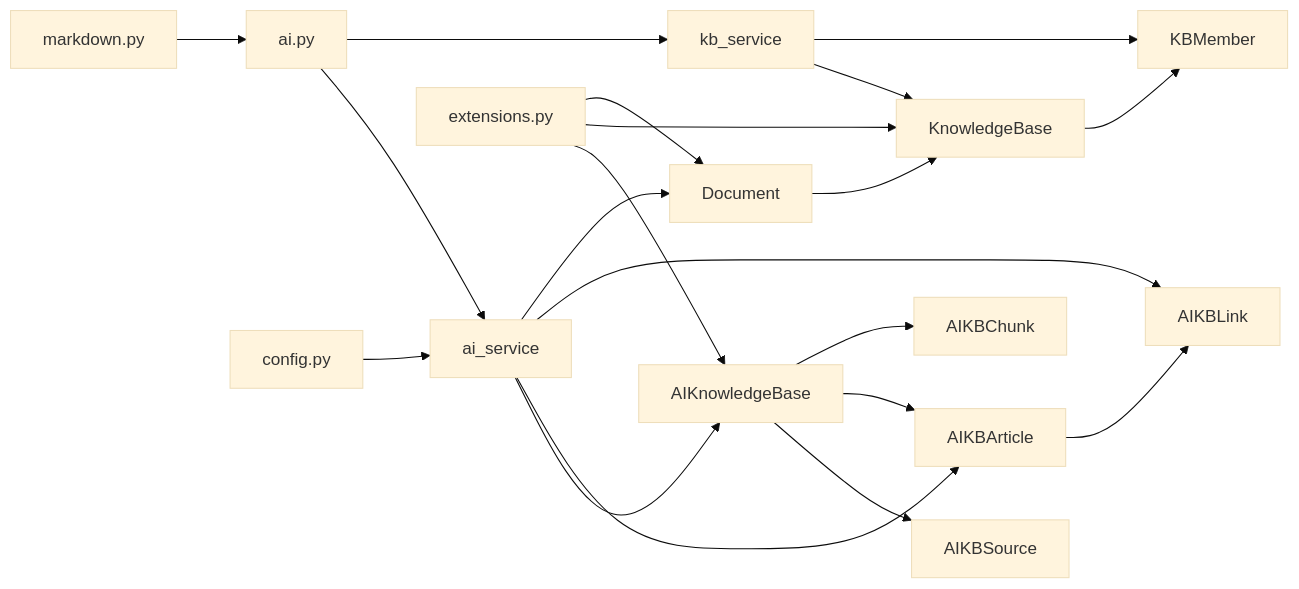
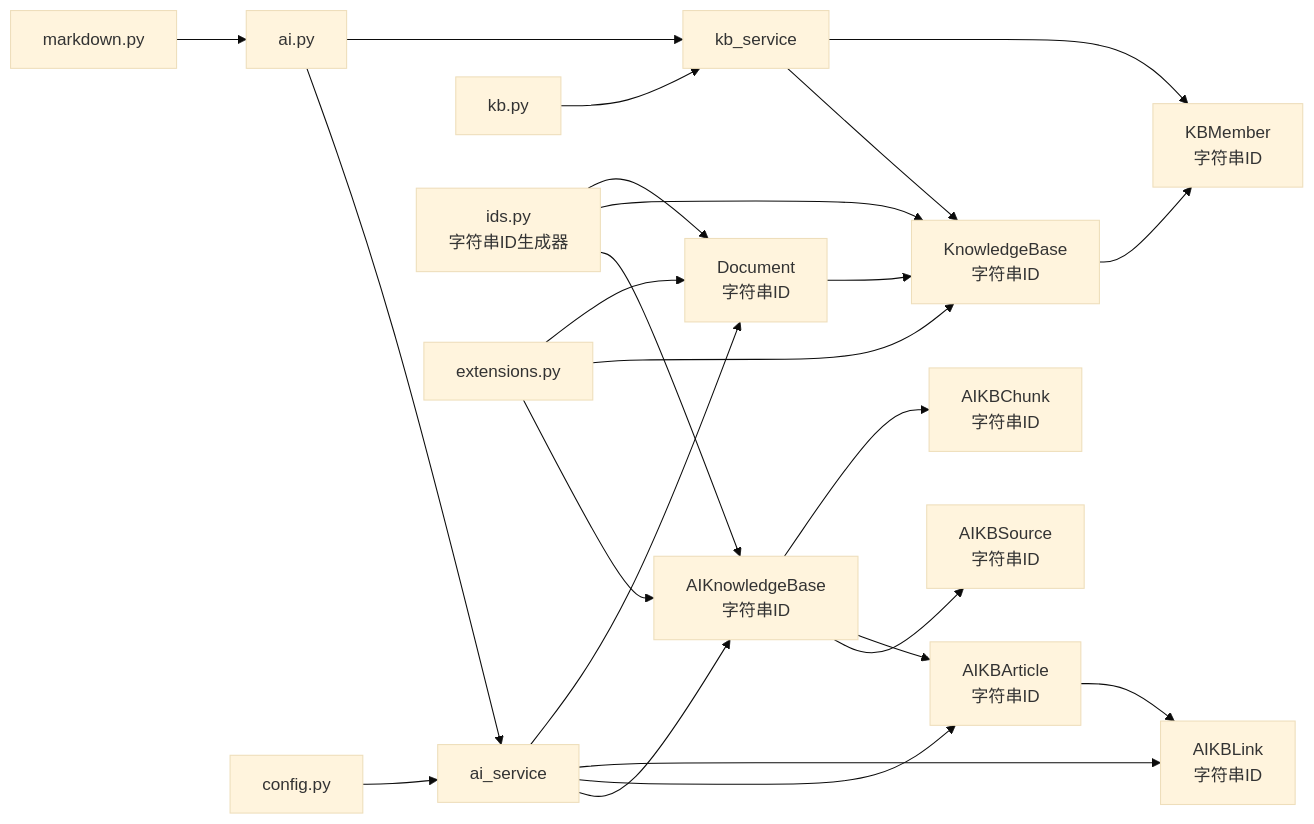
Before and after one commit to beyondalbert/my_wiki: the sixth of 6 diagrams in .qoder/repowiki/zh/content/数据模型设计/AI知识库模型.md, drawn with Mermaid (base theme). The commit also changed other lines of this file and 21 other files, not shown here.

````diff
--- a/.qoder/repowiki/zh/content/数据模型设计/AI知识库模型.md
+++ b/.qoder/repowiki/zh/content/数据模型设计/AI知识库模型.md
@@ -345,22 +370,26 @@
 ```mermaid
 graph LR
-AI["AIKnowledgeBase"] --> SRC["AIKBSource"]
-AI --> ART["AIKBArticle"]
-ART --> LINK["AIKBLink"]
-AI --> CHUNK["AIKBChunk"]
-KB["KnowledgeBase"] --> MEM["KBMember"]
-DOC["Document"] --> KB
+AI["AIKnowledgeBase<br/>字符串ID"] --> SRC["AIKBSource<br/>字符串ID"]
+AI --> ART["AIKBArticle<br/>字符串ID"]
+ART --> LINK["AIKBLink<br/>字符串ID"]
+AI --> CHUNK["AIKBChunk<br/>字符串ID"]
+KB["KnowledgeBase<br/>字符串ID"] --> MEM["KBMember<br/>字符串ID"]
+DOC["Document<br/>字符串ID"] --> KB
 SVC_AI["ai_service"] --> AI
 SVC_AI --> ART
 SVC_AI --> LINK
 SVC_AI --> DOC
 SVC_KB["kb_service"] --> KB
 SVC_KB --> MEM
-BP["ai.py"] --> SVC_AI
-BP --> SVC_KB
-MD["markdown.py"] --> BP
+BP_AI["ai.py"] --> SVC_AI
+BP_AI --> SVC_KB
+BP_KB["kb.py"] --> SVC_KB
+MD["markdown.py"] --> BP_AI
+IDS["ids.py<br/>字符串ID生成器"] --> AI
+IDS --> KB
+IDS --> DOC
 CFG["config.py"] --> SVC_AI
 EXT["extensions.py"] --> AI
 EXT --> KB
 EXT --> DOC
 ```
````
